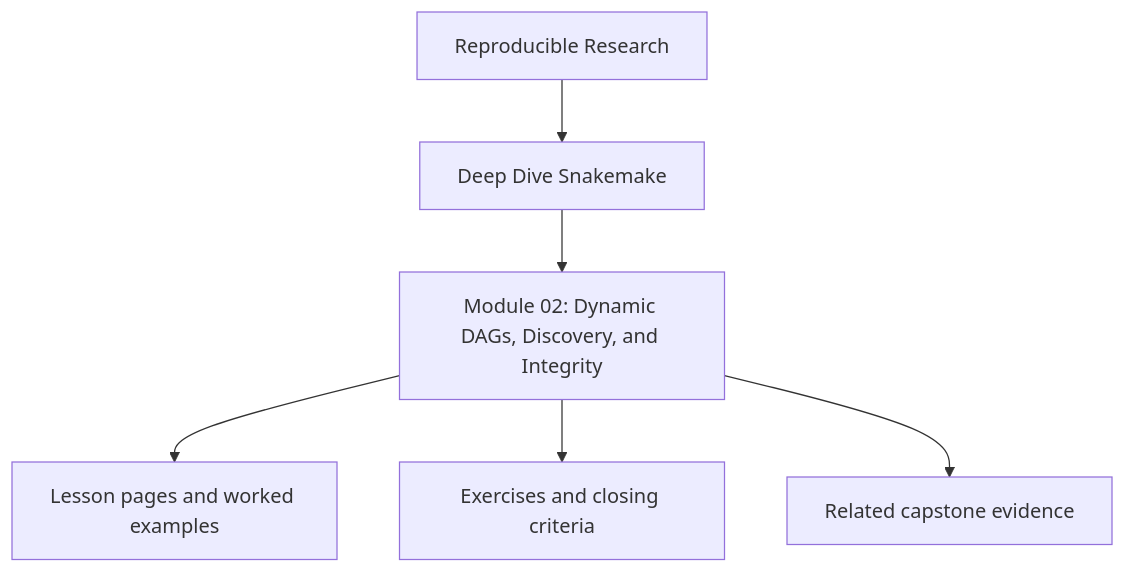
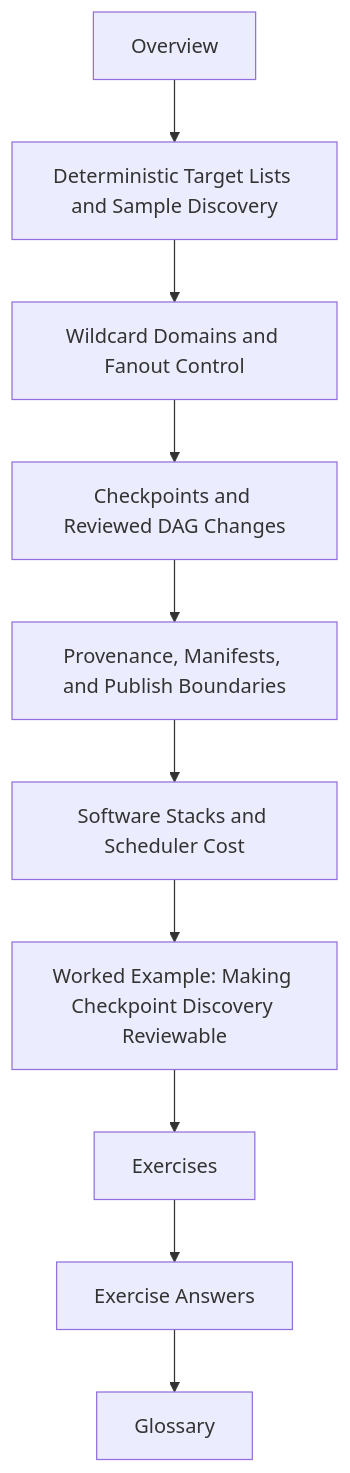
One commit to bijux/bijux-masterclass changed the diagram in programs/reproducible-research/deep-dive-snakemake/course-book/module-02-dynamic-dags-discovery-integrity/index.md. Above: the diagram before and after it, drawn with Mermaid. The commit also changed other lines of this file, not shown here.

Commit message:
docs(snakemake-course): reshape module 02 overview around reviewable discovery

````diff
--- a/programs/reproducible-research/deep-dive-snakemake/course-book/module-02-dynamic-dags-discovery-integrity/index.md
+++ b/programs/reproducible-research/deep-dive-snakemake/course-book/module-02-dynamic-dags-discovery-integrity/index.md
@@ -9,8 +24,12 @@
 ```mermaid
 flowchart TD
-  family["Reproducible Research"] --> program["Deep Dive Snakemake"]
-  program --> module["Module 02: Dynamic DAGs, Discovery, and Integrity"]
-  module --> lessons["Lesson pages and worked examples"]
-  module --> checkpoints["Exercises and closing criteria"]
-  module --> capstone["Related capstone evidence"]
+  start["Overview"] --> core1["Deterministic Target Lists and Sample Discovery"]
+  core1 --> core2["Wildcard Domains and Fanout Control"]
+  core2 --> core3["Checkpoints and Reviewed DAG Changes"]
+  core3 --> core4["Provenance, Manifests, and Publish Boundaries"]
+  core4 --> core5["Software Stacks and Scheduler Cost"]
+  core5 --> example["Worked Example: Making Checkpoint Discovery Reviewable"]
+  example --> practice["Exercises"]
+  practice --> answers["Exercise Answers"]
+  answers --> glossary["Glossary"]
 ```
````
